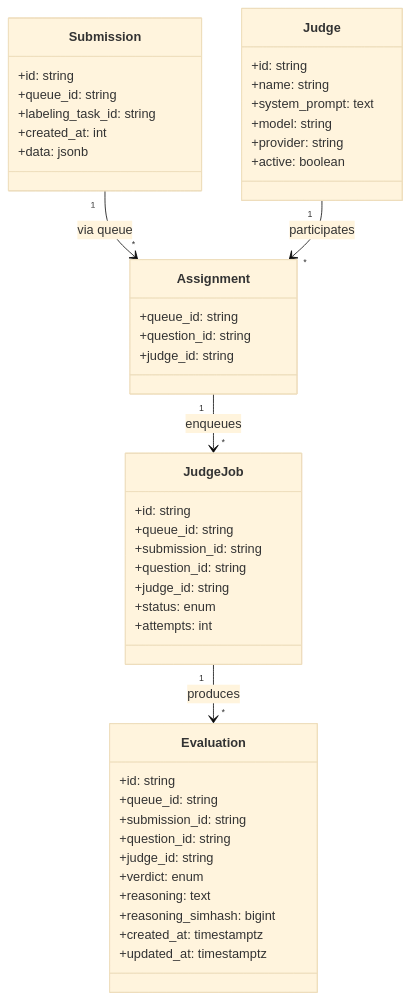
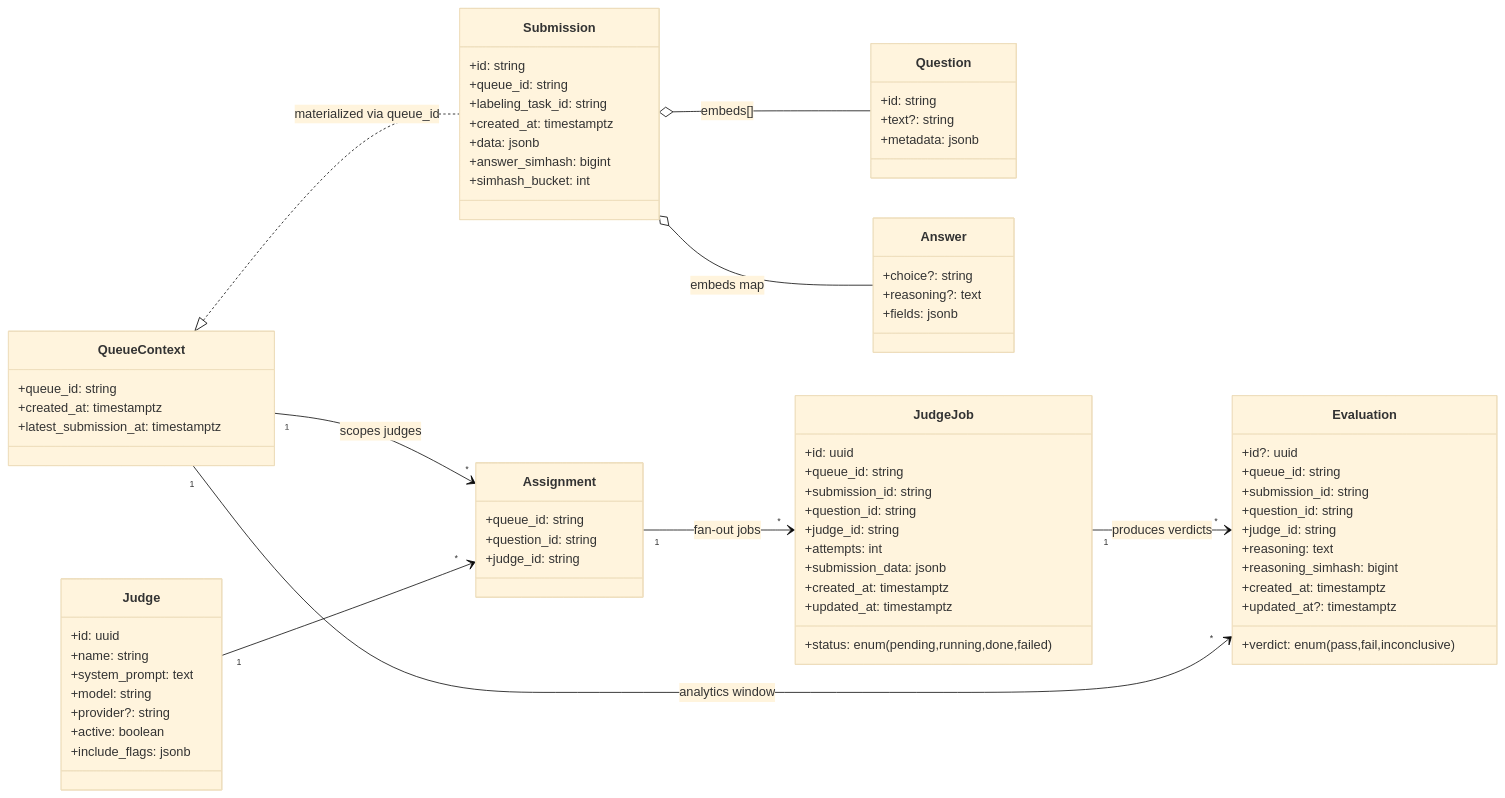
Before and after one commit to JessiP23/new-ui: the second of 3 diagrams in DIAGRAMS.md, drawn with Mermaid (base theme). The commit also changed other lines of this file and 11 other files, not shown here.

````diff
--- a/DIAGRAMS.md
+++ b/DIAGRAMS.md
@@ -24,49 +38,75 @@
 ```mermaid
 classDiagram
+    direction LR
+    class QueueContext {
+        +queue_id: string
+        +created_at: timestamptz
+        +latest_submission_at: timestamptz
+    }
     class Submission {
         +id: string
         +queue_id: string
         +labeling_task_id: string
-        +created_at: int
+        +created_at: timestamptz
         +data: jsonb
+        +answer_simhash: bigint
+        +simhash_bucket: int
     }
-    class Judge {
+    class Question {
         +id: string
-        +name: string
-        +system_prompt: text
-        +model: string
-        +provider: string
-        +active: boolean
+        +text?: string
+        +metadata: jsonb
+    }
+    class Answer {
+        +choice?: string
+        +reasoning?: text
+        +fields: jsonb
     }
     class Assignment {
         +queue_id: string
         +question_id: string
         +judge_id: string
     }
+    class Judge {
+        +id: uuid
+        +name: string
+        +system_prompt: text
+        +model: string
+        +provider?: string
+        +active: boolean
+        +include_flags: jsonb
+    }
     class JudgeJob {
-        +id: string
+        +id: uuid
         +queue_id: string
         +submission_id: string
         +question_id: string
         +judge_id: string
-        +status: enum
+        +status: enum(pending,running,done,failed)
         +attempts: int
+        +submission_data: jsonb
+        +created_at: timestamptz
+        +updated_at: timestamptz
     }
     class Evaluation {
-        +id: string
+        +id?: uuid
         +queue_id: string
         +submission_id: string
         +question_id: string
         +judge_id: string
-        +verdict: enum
+        +verdict: enum(pass,fail,inconclusive)
         +reasoning: text
         +reasoning_simhash: bigint
         +created_at: timestamptz
-        +updated_at: timestamptz
+        +updated_at?: timestamptz
     }
 
-    Submission "1" --> "*" Assignment : via queue
-    Assignment "1" --> "*" JudgeJob : enqueues
-    JudgeJob "1" --> "*" Evaluation : produces
-    Judge "1" --> "*" Assignment : participates
+    QueueContext <|.. Submission : materialized via queue_id
+    Submission o-- Question : embeds[]
+    Submission o-- Answer : embeds map
+    QueueContext "1" --> "*" Assignment : scopes judges
+    Assignment "1" --> "*" JudgeJob : fan-out jobs
+    Judge "1" --> "*" Assignment
+    JudgeJob "1" --> "*" Evaluation : produces verdicts
+    QueueContext "1" --> "*" Evaluation : analytics window
 ```
````
